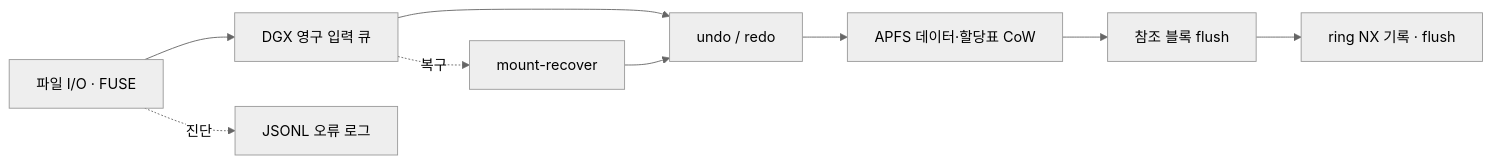
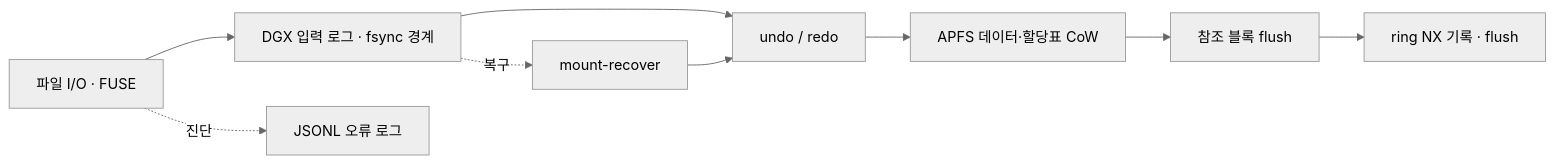
One commit to JUNJOONHWAN/LAPFS changed the diagram in README.md. Above: the diagram before and after it, drawn with Mermaid (neutral theme). The commit also changed other lines of this file and 18 other files, not shown here.

````diff
--- a/README.md
+++ b/README.md
@@ -40,11 +52,11 @@
 ```mermaid
 flowchart LR
-    IO["파일 I/O · FUSE"] --> Queue["DGX 영구 입력 큐"]
+    IO["파일 I/O · FUSE"] --> Queue["DGX 입력 로그 · fsync 경계"]
     Queue --> Journal["undo / redo"]
     Journal --> COW["APFS 데이터·할당표 CoW"]
     COW --> Flush["참조 블록 flush"]
     Flush --> NX["ring NX 기록 · flush"]
     Queue -. "복구" .-> Recover["mount-recover"]
     Recover --> Journal
     IO -. "진단" .-> Log["JSONL 오류 로그"]
 ```
````
